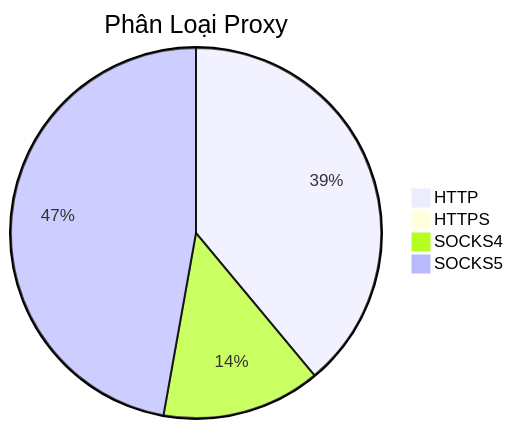
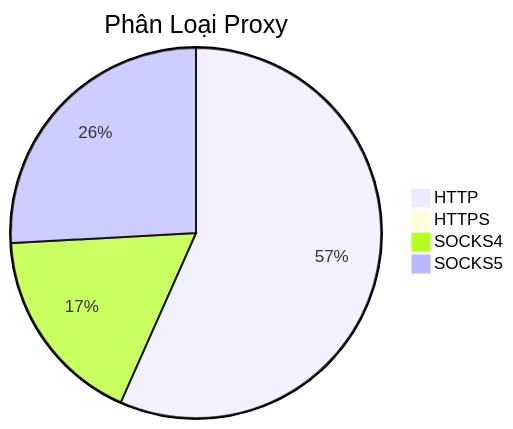
Before and after one commit to Ciara-12/PROXY-free: the diagram in README.md, drawn with Mermaid. The commit also changed other lines of this file and 3 other files, not shown here.

````diff
--- a/README.md
+++ b/README.md
@@ -26,7 +26,7 @@
 ```mermaid
 pie title Phân Loại Proxy
-    "HTTP" : 790
+    "HTTP" : 992
     "HTTPS" : 0
-    "SOCKS4" : 281
-    "SOCKS5" : 957
+    "SOCKS4" : 306
+    "SOCKS5" : 453
 ```
````
